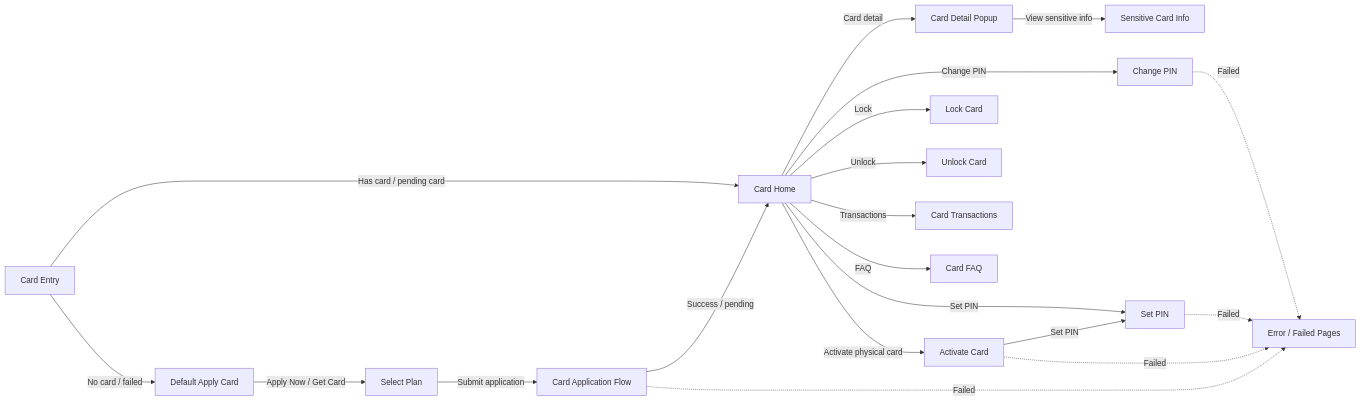
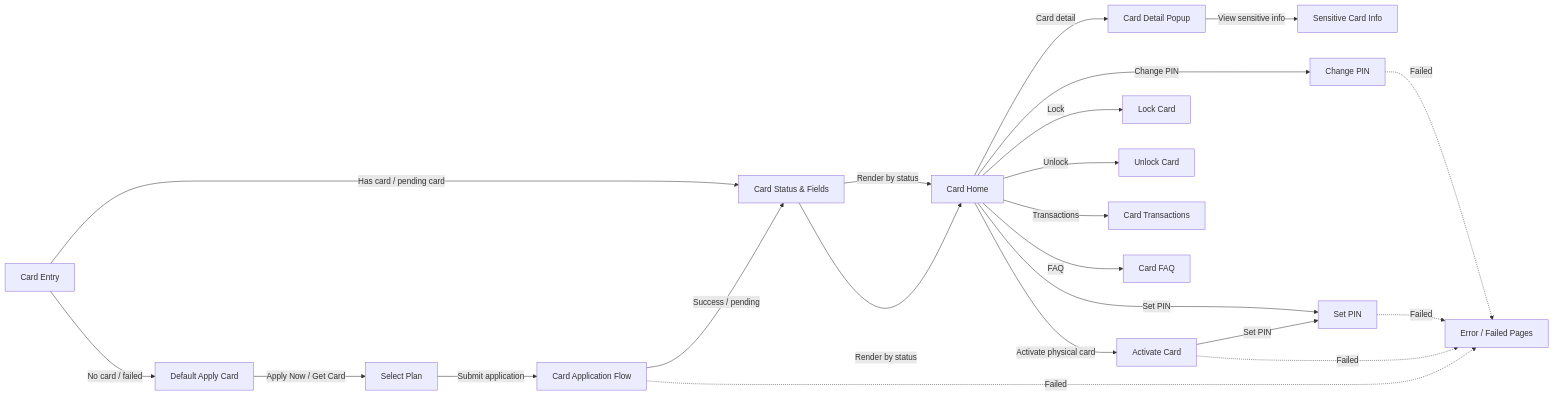
The second of 2 diagrams in knowledge-base/card/_index.md (kelvin381539960-cyber/prd-for-ai), drawn with Mermaid before and after one commit. The commit also changed other lines of this file, not shown here.

Commit message:
docs: align card application endpoint and status priority

````diff
--- a/knowledge-base/card/_index.md
+++ b/knowledge-base/card/_index.md
@@ -128,39 +129,42 @@
 ```mermaid
 flowchart LR
     Entry[Card Entry]
     DefaultCard[Default Apply Card]
     SelectPlan[Select Plan]
     Application[Card Application Flow]
+    Status[Card Status & Fields]
     CardHome[Card Home]
     CardDetail[Card Detail Popup]
     Sensitive[Sensitive Card Info]
     Activation[Activate Card]
     SetPIN[Set PIN]
     ChangePIN[Change PIN]
     Lock[Lock Card]
     Unlock[Unlock Card]
     Transactions[Card Transactions]
     FAQ[Card FAQ]
     Error[Error / Failed Pages]
 
     Entry -->|No card / failed| DefaultCard
     DefaultCard -->|Apply Now / Get Card| SelectPlan
     SelectPlan -->|Submit application| Application
-    Application -->|Success / pending| CardHome
+    Application -->|Success / pending| Status
+    Status -->|Render by status| CardHome
     Application -.->|Failed| Error
 
-    Entry -->|Has card / pending card| CardHome
+    Entry -->|Has card / pending card| Status
+    Status -->|Render by status| CardHome
     CardHome -->|Card detail| CardDetail
     CardDetail -->|View sensitive info| Sensitive
     CardHome -->|Activate physical card| Activation
     Activation -->|Set PIN| SetPIN
     CardHome -->|Set PIN| SetPIN
     CardHome -->|Change PIN| ChangePIN
     CardHome -->|Lock| Lock
     CardHome -->|Unlock| Unlock
     CardHome -->|Transactions| Transactions
     CardHome -->|FAQ| FAQ
     Activation -.->|Failed| Error
     SetPIN -.->|Failed| Error
     ChangePIN -.->|Failed| Error
 ```
````
